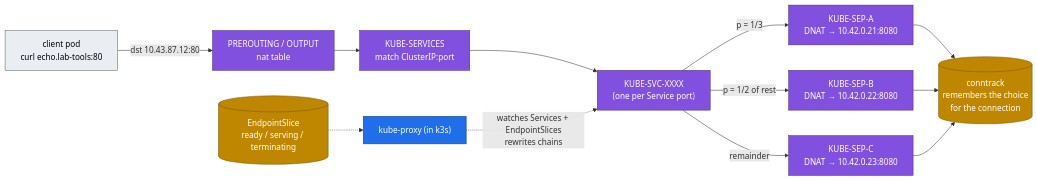
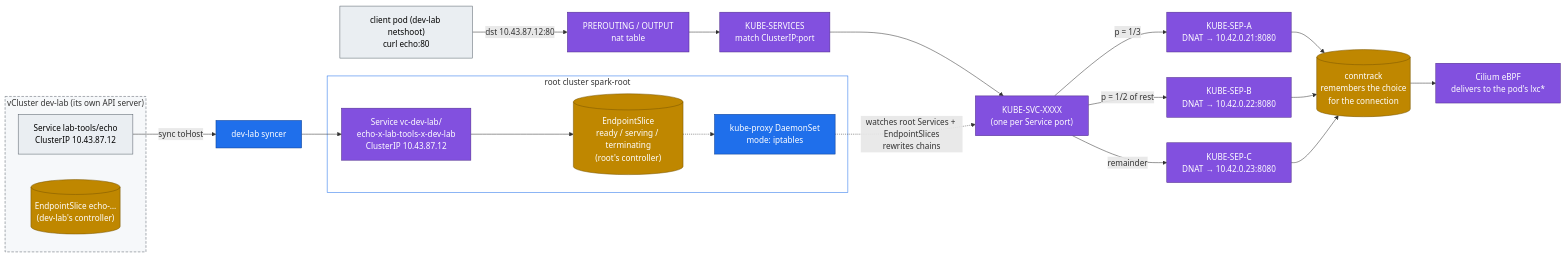
The diagram in 02 Kubernetes/07-kube-proxy-and-cluster-ip-mechanics.md (cloudone365/technical-depth), drawn with Mermaid before and after one commit. The commit also changed other lines of this file and 53 other files, not shown here.

````diff
--- a/02 Kubernetes/07-kube-proxy-and-cluster-ip-mechanics.md
+++ b/02 Kubernetes/07-kube-proxy-and-cluster-ip-mechanics.md
@@ -27,20 +32,36 @@
 ```mermaid
 flowchart LR
-  C["client pod<br/>curl echo.lab-tools:80"] -->|"dst 10.43.87.12:80"| PR["PREROUTING / OUTPUT<br/>nat table"]
+  subgraph VC["vCluster dev-lab (its own API server)"]
+    VS["Service lab-tools/echo<br/>ClusterIP 10.43.87.12"]
+    VES[("EndpointSlice echo-…<br/>(dev-lab's controller)")]
+  end
+  SY["dev-lab syncer"]
+  subgraph ROOT["root cluster spark-root"]
+    RS["Service vc-dev-lab/<br/>echo-x-lab-tools-x-dev-lab<br/>ClusterIP 10.43.87.12"]
+    ES[("EndpointSlice<br/>ready / serving / terminating<br/>(root's controller)")]
+    KP["kube-proxy DaemonSet<br/>mode: iptables"]
+  end
+  VS -- "sync toHost" --> SY --> RS
+  RS --> ES
+  C["client pod (dev-lab netshoot)<br/>curl echo:80"] -->|"dst 10.43.87.12:80"| PR["PREROUTING / OUTPUT<br/>nat table"]
   PR --> KS["KUBE-SERVICES<br/>match ClusterIP:port"]
   KS --> SVC["KUBE-SVC-XXXX<br/>(one per Service port)"]
   SVC -->|"p = 1/3"| SEP1["KUBE-SEP-A<br/>DNAT → 10.42.0.21:8080"]
   SVC -->|"p = 1/2 of rest"| SEP2["KUBE-SEP-B<br/>DNAT → 10.42.0.22:8080"]
   SVC -->|"remainder"| SEP3["KUBE-SEP-C<br/>DNAT → 10.42.0.23:8080"]
   SEP1 & SEP2 & SEP3 --> CT[("conntrack<br/>remembers the choice<br/>for the connection")]
-  KP["kube-proxy (in k3s)"] -. "watches Services + EndpointSlices<br/>rewrites chains" .-> SVC
-  ES[("EndpointSlice<br/>ready / serving / terminating")] -.-> KP
+  CT --> CIL["Cilium eBPF<br/>delivers to the pod's lxc*"]
+  KP -. "watches root Services + EndpointSlices<br/>rewrites chains" .-> SVC
+  ES -.-> KP
   classDef net fill:#8250df,stroke:#4c2889,color:#fff
   classDef ctrl fill:#1f6feb,stroke:#0b3d91,color:#fff
   classDef store fill:#bf8700,stroke:#7a5600,color:#fff
   classDef tenant fill:#eaeef2,stroke:#57606a,color:#000
-  class PR,KS,SVC,SEP1,SEP2,SEP3 net
-  class KP ctrl
-  class CT,ES store
-  class C tenant
+  class PR,KS,SVC,SEP1,SEP2,SEP3,CIL net
+  class KP,SY ctrl
+  class CT,ES,VES store
+  class C,VS tenant
+  class RS net
+  style VC fill:#f6f8fa,stroke:#57606a,stroke-dasharray:5 3
+  style ROOT fill:#ffffff,stroke:#1f6feb
 ```
````
